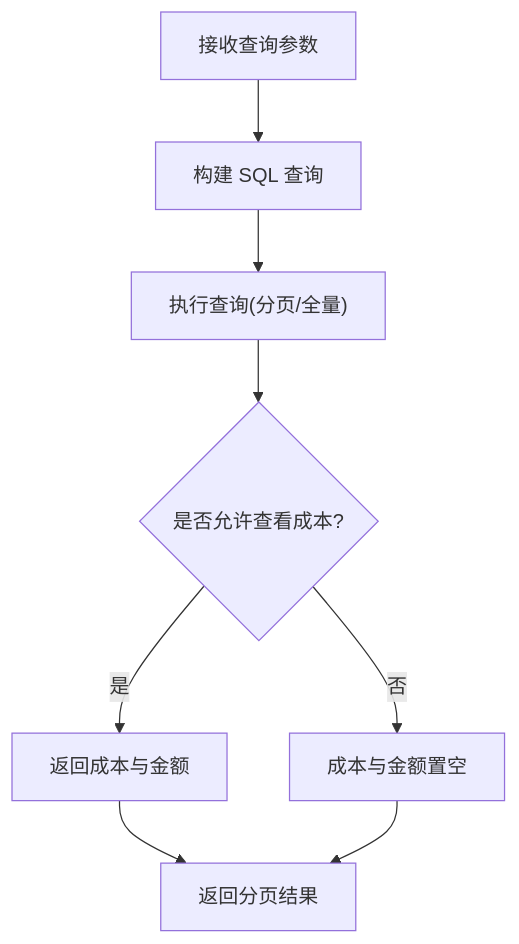
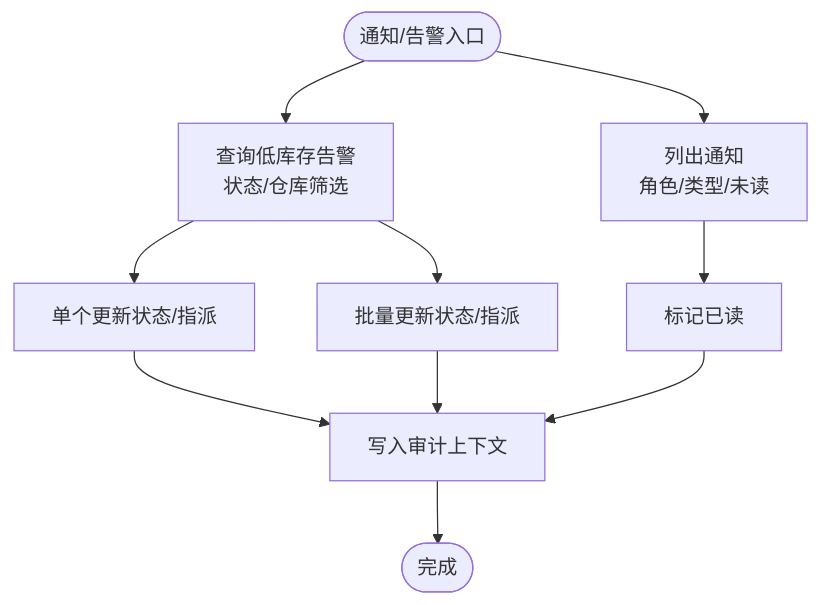
The eighth of 9 diagrams in .qoder/repowiki/zh/content/核心功能模块/核心功能模块.md (Juny09/inventory_system), drawn with Mermaid before and after one commit. The commit also changed other lines of this file and 171 other files, not shown here.

````diff
--- a/.qoder/repowiki/zh/content/核心功能模块/核心功能模块.md
+++ b/.qoder/repowiki/zh/content/核心功能模块/核心功能模块.md
@@ -300,10 +315,12 @@
 ```mermaid
 flowchart TD
-Q["接收查询参数"] --> Build["构建 SQL 查询"]
-Build --> Exec["执行查询(分页/全量)"]
-Exec --> CostCheck{"是否允许查看成本?"}
-CostCheck --> |是| AddCost["返回成本与金额"]
-CostCheck --> |否| HideCost["成本与金额置空"]
-AddCost --> Resp["返回分页结果"]
-HideCost --> Resp
+NStart(["通知/告警入口"]) --> ListN["列出通知<br/>角色/类型/未读"]
+ListN --> MarkRead["标记已读"]
+NStart --> LowStock["查询低库存告警<br/>状态/仓库筛选"]
+LowStock --> UpdateOne["单个更新状态/指派"]
+LowStock --> BulkUpdate["批量更新状态/指派"]
+UpdateOne --> Audit["写入审计上下文"]
+BulkUpdate --> Audit
+MarkRead --> Audit
+Audit --> NEnd(["完成"])
 ```
````
